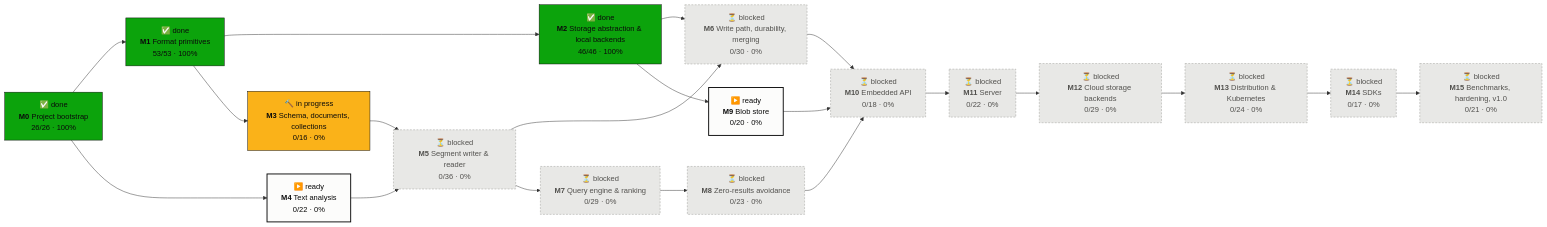
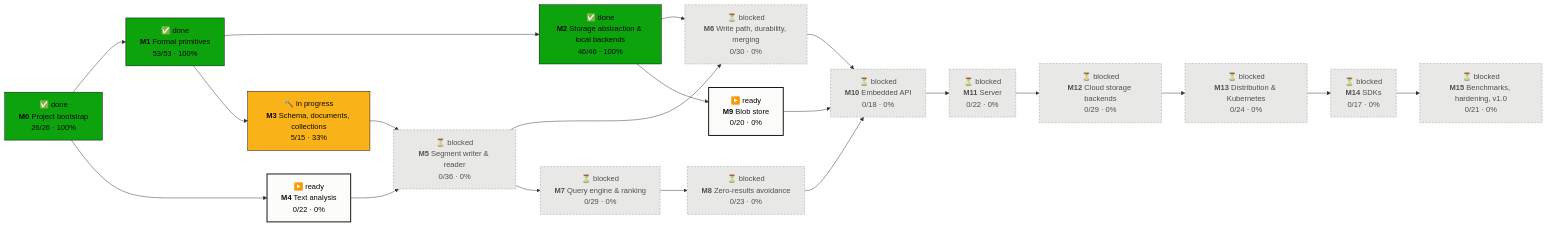
Before and after one commit to tomiok/persiaDB: the first of 2 diagrams in PROGRESS.md, drawn with Mermaid. The commit also changed other lines of this file and 9 other files, not shown here.

````diff
--- a/PROGRESS.md
+++ b/PROGRESS.md
@@ -14,42 +14,42 @@
 ```mermaid
 flowchart LR
   M0["✅ done<br/><b>M0</b> Project bootstrap<br/>26/26 · 100%"]:::done
   M1["✅ done<br/><b>M1</b> Format primitives<br/>53/53 · 100%"]:::done
   M2["✅ done<br/><b>M2</b> Storage abstraction & local backends<br/>46/46 · 100%"]:::done
-  M3["🔨 in progress<br/><b>M3</b> Schema, documents, collections<br/>0/16 · 0%"]:::doing
+  M3["🔨 in progress<br/><b>M3</b> Schema, documents, collections<br/>5/15 · 33%"]:::doing
   M4["▶️ ready<br/><b>M4</b> Text analysis<br/>0/22 · 0%"]:::ready
   M5["⏳ blocked<br/><b>M5</b> Segment writer & reader<br/>0/36 · 0%"]:::blocked
   M6["⏳ blocked<br/><b>M6</b> Write path, durability, merging<br/>0/30 · 0%"]:::blocked
   M7["⏳ blocked<br/><b>M7</b> Query engine & ranking<br/>0/29 · 0%"]:::blocked
   M8["⏳ blocked<br/><b>M8</b> Zero-results avoidance<br/>0/23 · 0%"]:::blocked
   M9["▶️ ready<br/><b>M9</b> Blob store<br/>0/20 · 0%"]:::ready
   M10["⏳ blocked<br/><b>M10</b> Embedded API<br/>0/18 · 0%"]:::blocked
   M11["⏳ blocked<br/><b>M11</b> Server<br/>0/22 · 0%"]:::blocked
   M12["⏳ blocked<br/><b>M12</b> Cloud storage backends<br/>0/29 · 0%"]:::blocked
   M13["⏳ blocked<br/><b>M13</b> Distribution & Kubernetes<br/>0/24 · 0%"]:::blocked
   M14["⏳ blocked<br/><b>M14</b> SDKs<br/>0/17 · 0%"]:::blocked
   M15["⏳ blocked<br/><b>M15</b> Benchmarks, hardening, v1.0<br/>0/21 · 0%"]:::blocked
   M0 --> M1
   M1 --> M2
   M1 --> M3
   M0 --> M4
   M3 --> M5
   M4 --> M5
   M2 --> M6
   M5 --> M6
   M5 --> M7
   M7 --> M8
   M2 --> M9
   M6 --> M10
   M8 --> M10
   M9 --> M10
   M10 --> M11
   M11 --> M12
   M12 --> M13
   M13 --> M14
   M14 --> M15
   classDef done fill:#0ca30c,stroke:#0b0b0b,color:#0b0b0b
   classDef doing fill:#fab219,stroke:#0b0b0b,color:#0b0b0b
   classDef ready fill:#fcfcfb,stroke:#0b0b0b,stroke-width:2px,color:#0b0b0b
   classDef blocked fill:#e8e8e6,stroke:#9a9a96,stroke-dasharray:4 3,color:#52514e
 ```
````
